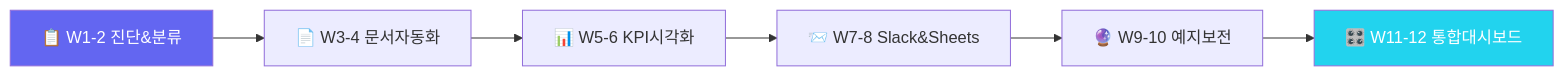
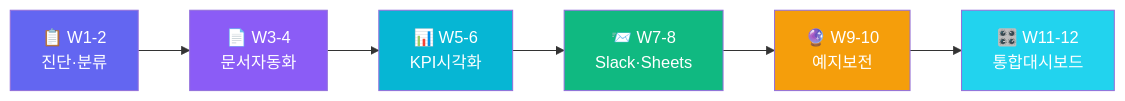
One commit to Reasonofmoon/hexa-1 changed the diagram in README.md. Above: the diagram before and after it, drawn with Mermaid. The commit also changed other lines of this file, not shown here.

````diff
--- a/README.md
+++ b/README.md
@@ -37,11 +37,15 @@
 ```mermaid
 graph LR
-    A[📋 W1-2 진단&분류] --> B[📄 W3-4 문서자동화]
-    B --> C[📊 W5-6 KPI시각화]
-    C --> D[📨 W7-8 Slack&Sheets]
-    D --> E[🔮 W9-10 예지보전]
-    E --> F[🎛️ W11-12 통합대시보드]
-    
+    A[📋 W1-2<br>진단·분류] --> B[📄 W3-4<br>문서자동화]
+    B --> C[📊 W5-6<br>KPI시각화]
+    C --> D[📨 W7-8<br>Slack·Sheets]
+    D --> E[🔮 W9-10<br>예지보전]
+    E --> F[🎛️ W11-12<br>통합대시보드]
+
     style A fill:#6366f1,color:#fff
+    style B fill:#8b5cf6,color:#fff
+    style C fill:#06b6d4,color:#fff
+    style D fill:#10b981,color:#fff
+    style E fill:#f59e0b,color:#fff
     style F fill:#22d3ee,color:#fff
 ```
````
